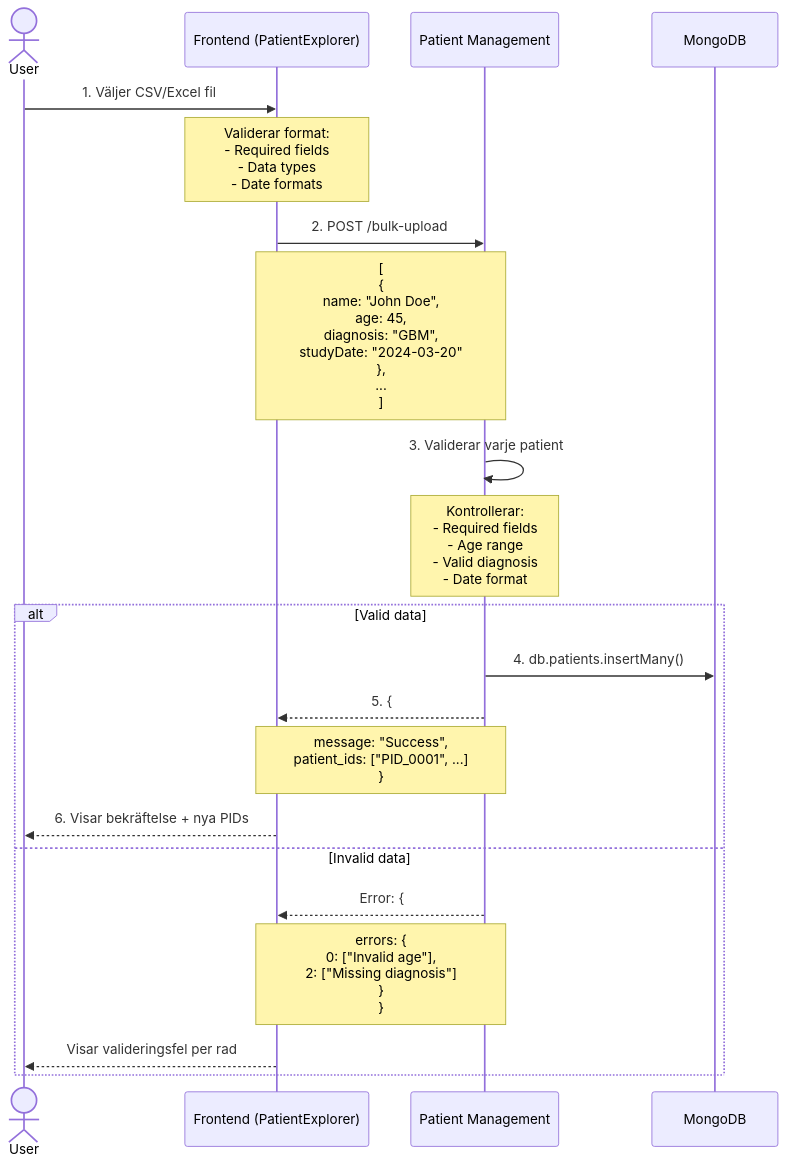
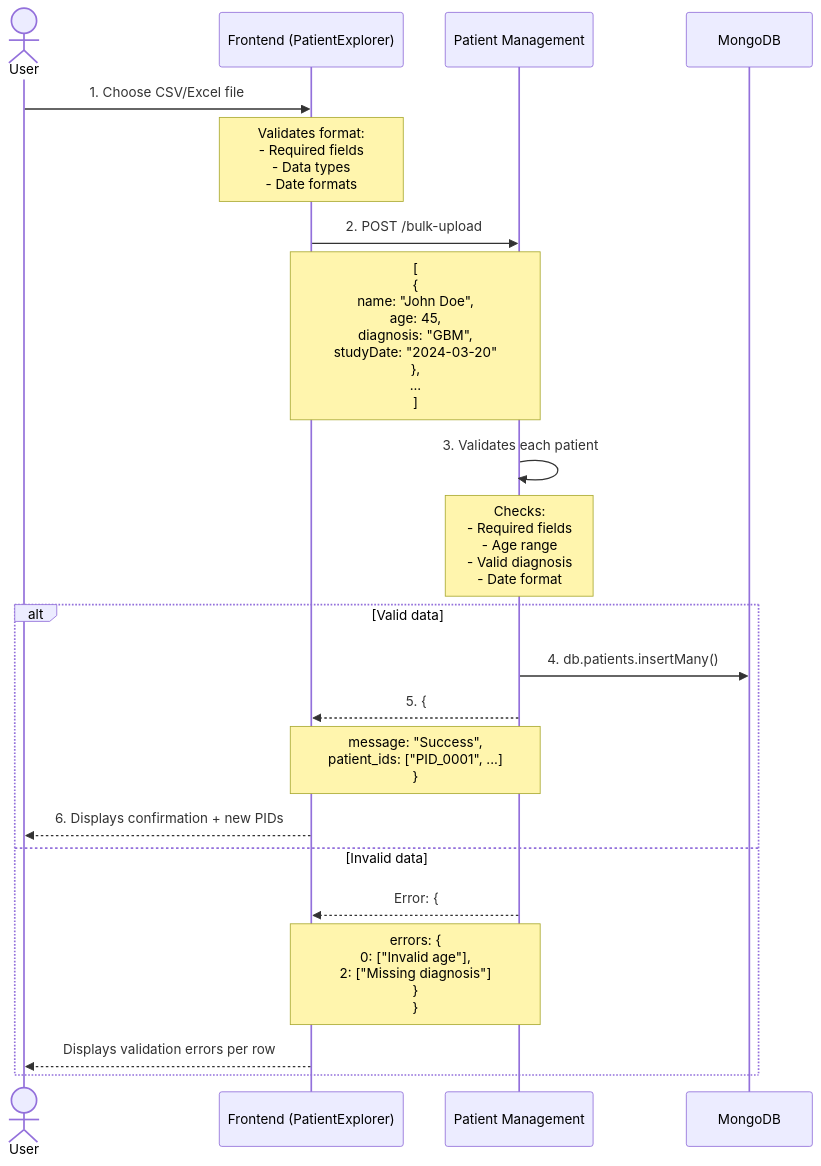
The second of 2 diagrams in README.md (TobiasEkman/neuro_platform), drawn with Mermaid before and after one commit.

````diff
--- a/README.md
+++ b/README.md
@@ -498,25 +498,25 @@
 ```mermaid
 sequenceDiagram
     actor User
     participant FE as Frontend (PatientExplorer)
     participant PM as Patient Management
     participant DB as MongoDB
 
-    User->>FE: 1. Väljer CSV/Excel fil
-    Note over FE: Validerar format:<br/>- Required fields<br/>- Data types<br/>- Date formats
+    User->>FE: 1. Choose CSV/Excel file
+    Note over FE: Validates format:<br/>- Required fields<br/>- Data types<br/>- Date formats
     FE->>PM: 2. POST /bulk-upload
     Note over FE,PM: [<br/>  {<br/>    name: "John Doe",<br/>    age: 45,<br/>    diagnosis: "GBM",<br/>    studyDate: "2024-03-20"<br/>  },<br/>  ...<br/>]
-    PM->>PM: 3. Validerar varje patient
-    Note over PM: Kontrollerar:<br/>- Required fields<br/>- Age range<br/>- Valid diagnosis<br/>- Date format
+    PM->>PM: 3. Validates each patient
+    Note over PM: Checks:<br/>- Required fields<br/>- Age range<br/>- Valid diagnosis<br/>- Date format
     
     alt Valid data
         PM->>DB: 4. db.patients.insertMany()
         PM-->>FE: 5. { 
         Note over PM,FE: message: "Success",<br/>patient_ids: ["PID_0001", ...]<br/>}
-        FE-->>User: 6. Visar bekräftelse + nya PIDs
+        FE-->>User: 6. Displays confirmation + new PIDs
     else Invalid data
         PM-->>FE: Error: { 
         Note over PM,FE: errors: {<br/>  0: ["Invalid age"],<br/>  2: ["Missing diagnosis"]<br/>}<br/>}
-        FE-->>User: Visar valideringsfel per rad
+        FE-->>User: Displays validation errors per row
     end
 ```
````
